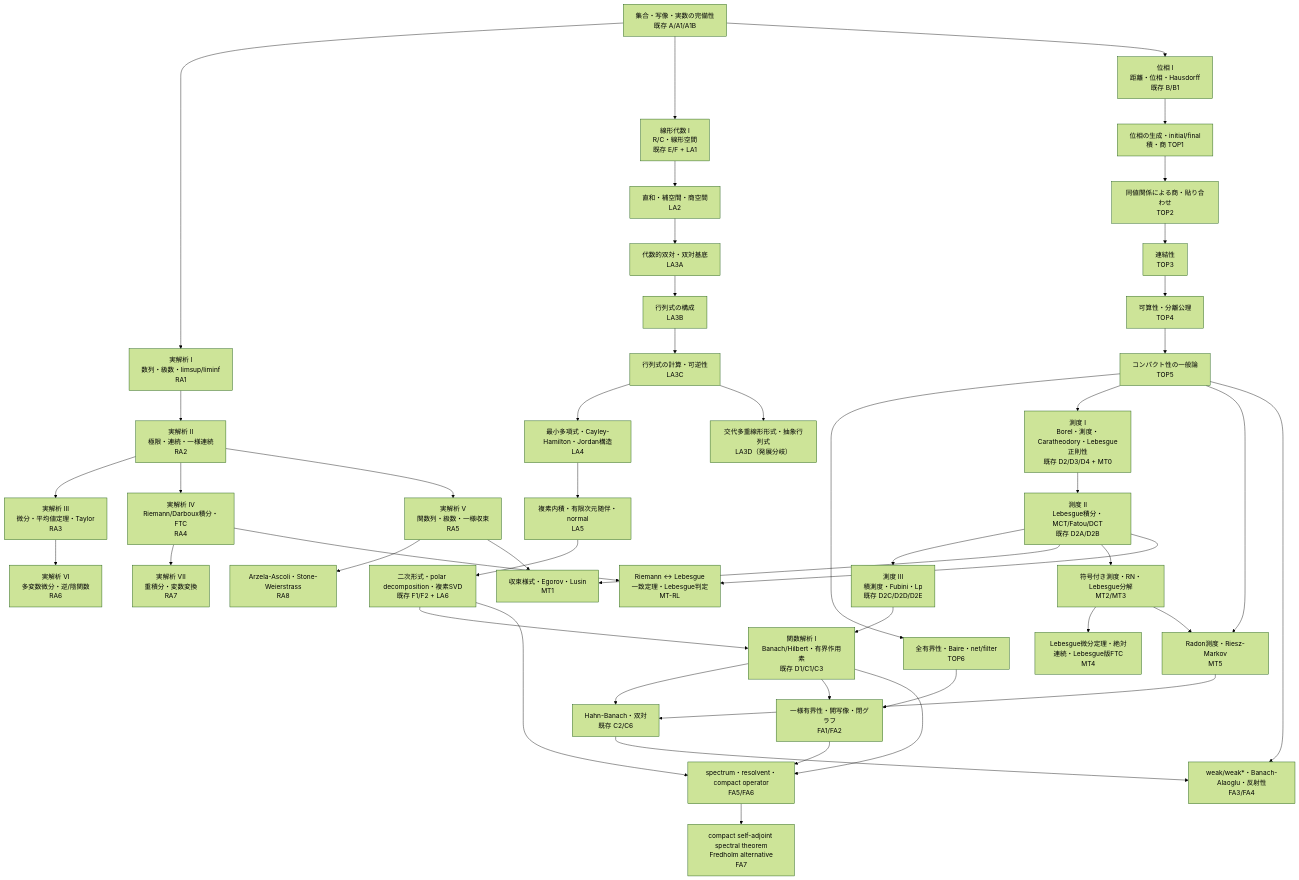
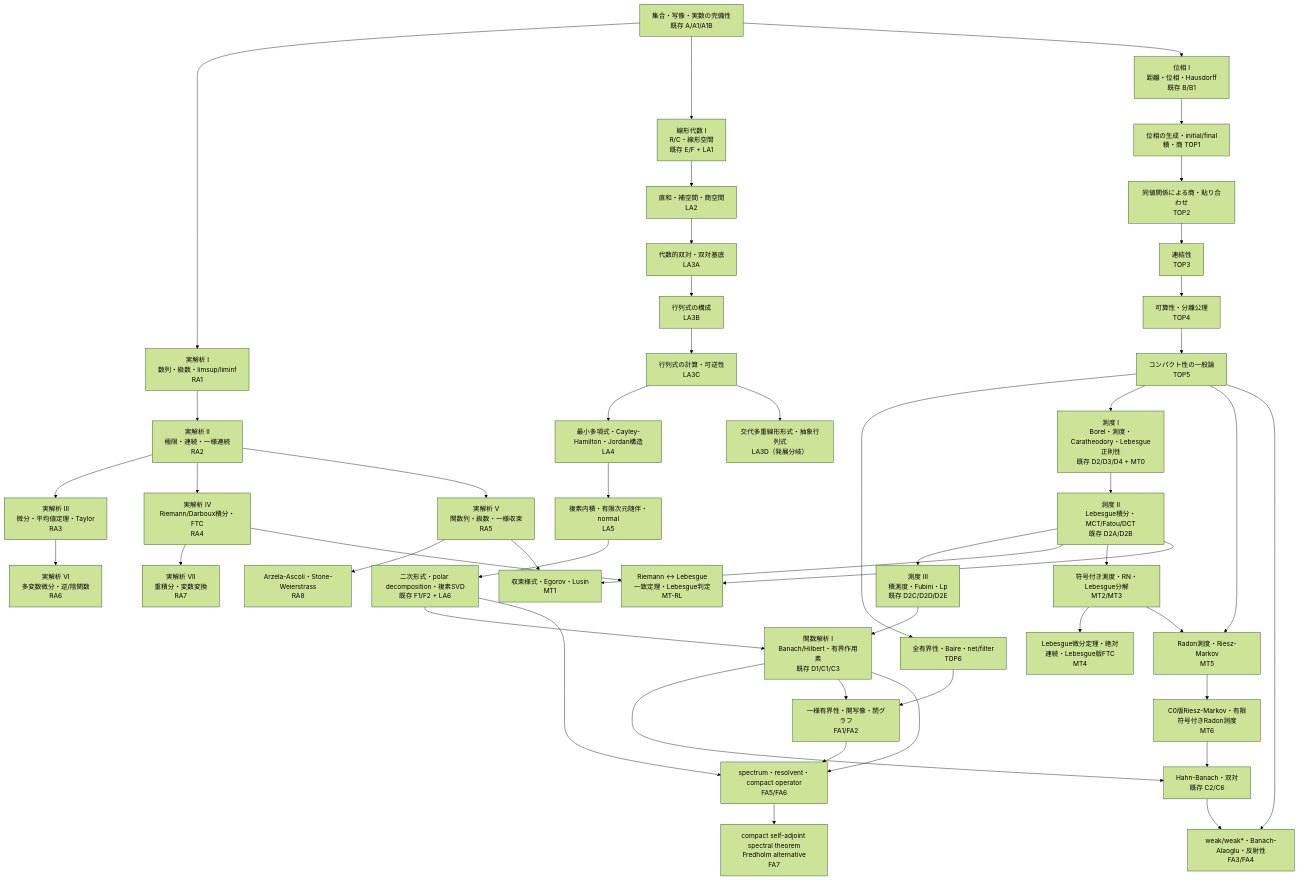
One commit to InSuns21/toukei-kentei_grade1_preparation changed the diagram in textbook/dream-theater-standard-math-core.md. Above: the diagram before and after it, drawn with Mermaid (forest theme). The commit also changed other lines of this file and 7 other files, not shown here.

````diff
--- a/textbook/dream-theater-standard-math-core.md
+++ b/textbook/dream-theater-standard-math-core.md
@@ -26,59 +26,60 @@
 ```mermaid
 flowchart TD
   A["集合・写像・実数の完備性<br/>既存 A/A1/A1B"]
 
   A --> RA1["実解析 I<br/>数列・級数・limsup/liminf<br/>RA1"]
   A --> LA1["線形代数 I<br/>R/C・線形空間<br/>既存 E/F + LA1"]
   A --> TOP0["位相 I<br/>距離・位相・Hausdorff<br/>既存 B/B1"]
 
   RA1 --> RA2["実解析 II<br/>極限・連続・一様連続<br/>RA2"]
   RA2 --> RA3["実解析 III<br/>微分・平均値定理・Taylor<br/>RA3"]
   RA2 --> RA4["実解析 IV<br/>Riemann/Darboux積分・FTC<br/>RA4"]
   RA2 --> RA5["実解析 V<br/>関数列・級数・一様収束<br/>RA5"]
   RA3 --> RA6["実解析 VI<br/>多変数微分・逆/陰関数<br/>RA6"]
   RA4 --> RA7["実解析 VII<br/>重積分・変数変換<br/>RA7"]
   RA5 --> RA8["Arzela-Ascoli・Stone-Weierstrass<br/>RA8"]
 
   TOP0 --> TOP1["位相の生成・initial/final<br/>積・商 TOP1"]
   TOP1 --> TOP2["同値関係による商・貼り合わせ<br/>TOP2"]
   TOP2 --> TOP3["連結性<br/>TOP3"]
   TOP3 --> TOP4["可算性・分離公理<br/>TOP4"]
   TOP4 --> TOP5["コンパクト性の一般論<br/>TOP5"]
   TOP5 --> BAIRE["全有界性・Baire・net/filter<br/>TOP6"]
 
   LA1 --> LA2["直和・補空間・商空間<br/>LA2"]
   LA2 --> LA3A["代数的双対・双対基底<br/>LA3A"]
   LA3A --> LA3B["行列式の構成<br/>LA3B"]
   LA3B --> LA3C["行列式の計算・可逆性<br/>LA3C"]
   LA3C --> LA4["最小多項式・Cayley-Hamilton・Jordan構造<br/>LA4"]
   LA3C --> LA3D["交代多重線形形式・抽象行列式<br/>LA3D（発展分岐）"]
   LA4 --> LA5["複素内積・有限次元随伴・normal<br/>LA5"]
   LA5 --> LA6["二次形式・polar decomposition・複素SVD<br/>既存 F1/F2 + LA6"]
 
   TOP5 --> MT0["測度 I<br/>Borel・測度・Caratheodory・Lebesgue正則性<br/>既存 D2/D3/D4 + MT0"]
   MT0 --> MTI["測度 II<br/>Lebesgue積分・MCT/Fatou/DCT<br/>既存 D2A/D2B"]
   MTI --> MTP["測度 III<br/>積測度・Fubini・Lp<br/>既存 D2C/D2D/D2E"]
   MTI --> MT1["収束様式・Egorov・Lusin<br/>MT1"]
   RA5 --> MT1
   MTI --> MT2["符号付き測度・RN・Lebesgue分解<br/>MT2/MT3"]
 
   RA4 --> RLB["Riemann ↔ Lebesgue<br/>一致定理・Lebesgue判定<br/>MT-RL"]
   MTI --> RLB
 
   MT2 --> MT4["Lebesgue微分定理・絶対連続・Lebesgue版FTC<br/>MT4"]
   TOP5 --> MT5["Radon測度・Riesz-Markov<br/>MT5"]
   MT2 --> MT5
 
   MTP --> FA0["関数解析 I<br/>Banach/Hilbert・有界作用素<br/>既存 D1/C1/C3"]
   LA6 --> FA0
   FA0 --> HB["Hahn-Banach・双対<br/>既存 C2/C6"]
   BAIRE --> FA2["一様有界性・開写像・閉グラフ<br/>FA1/FA2"]
   FA0 --> FA2
   HB --> FA4["weak/weak*・Banach-Alaoglu・反射性<br/>FA3/FA4"]
   TOP5 --> FA4
   FA0 --> FA6["spectrum・resolvent・compact operator<br/>FA5/FA6"]
   FA2 --> FA6
   LA6 --> FA6
   FA6 --> FA7["compact self-adjoint spectral theorem<br/>Fredholm alternative<br/>FA7"]
-  MT5 --> HB
+  MT5 --> MT6["C0版Riesz-Markov・有限符号付きRadon測度<br/>MT6"]
+  MT6 --> HB
 ```
````
